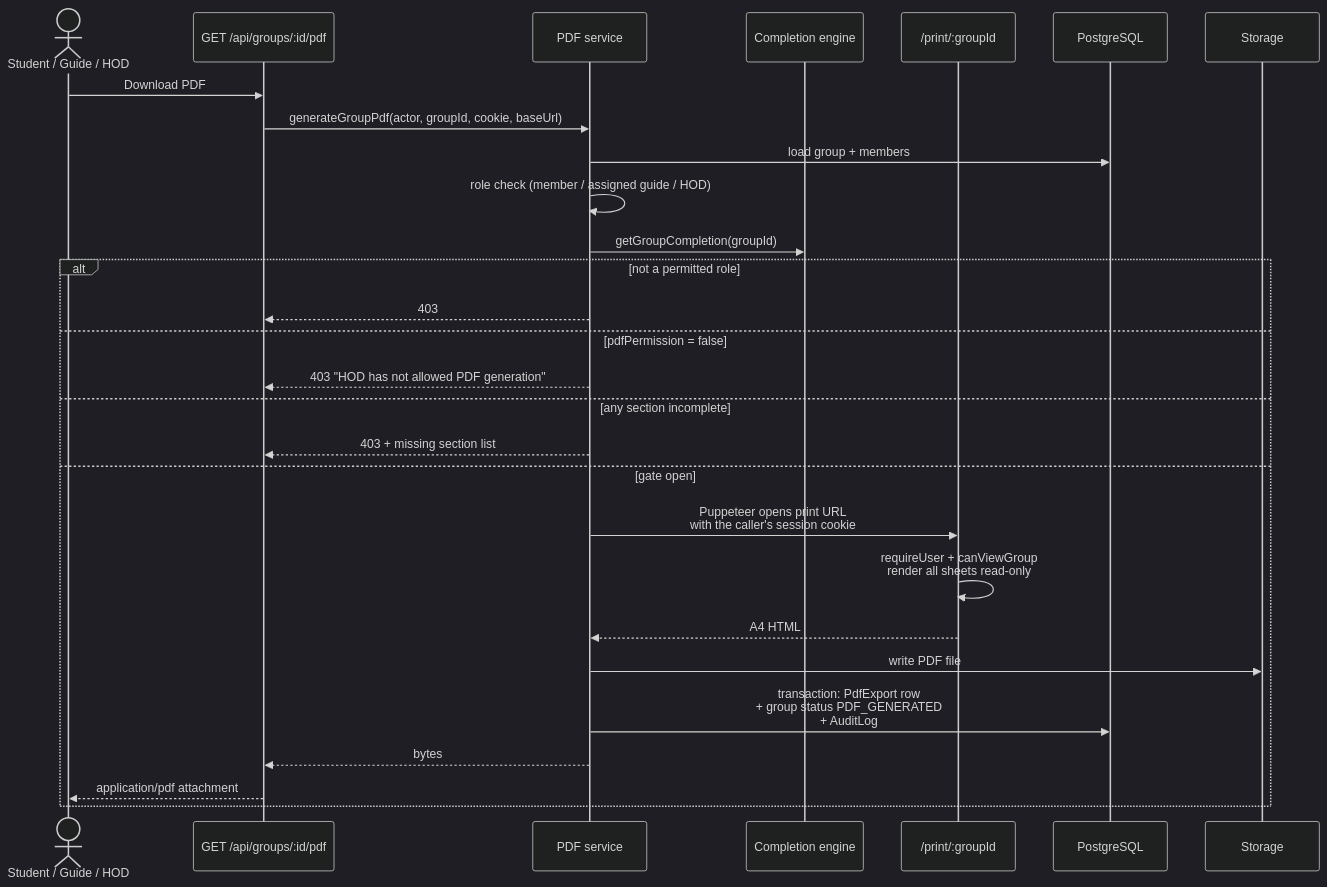
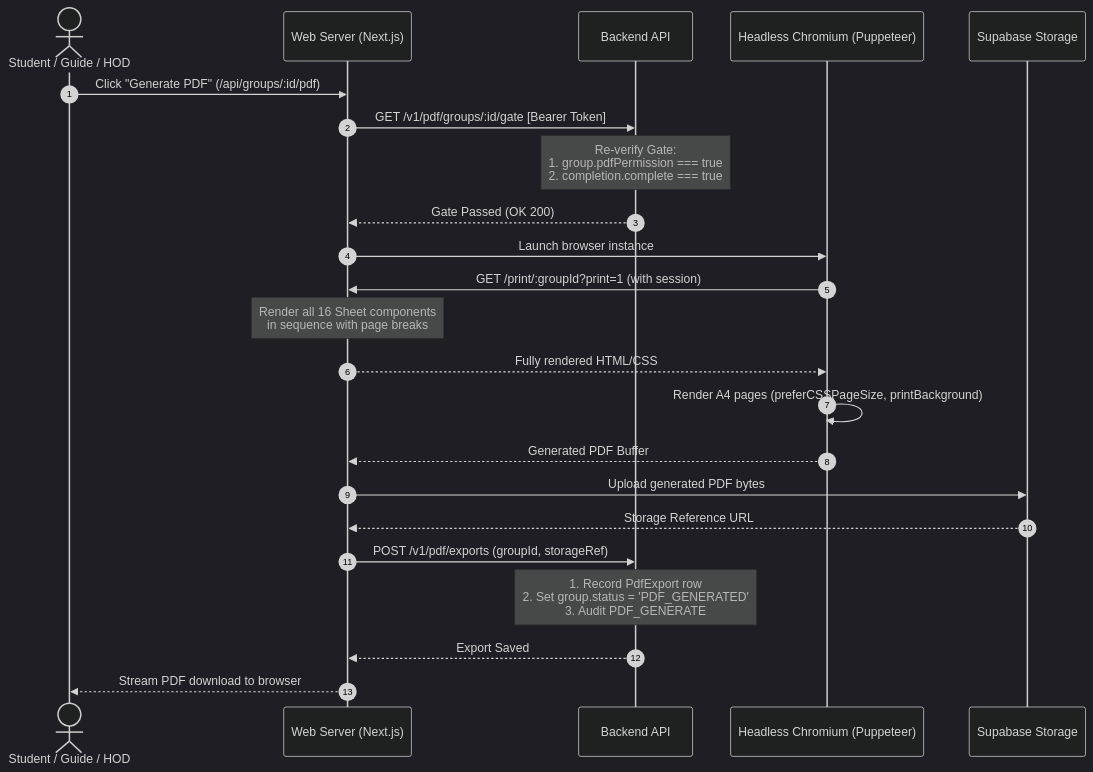
The eighth of 9 diagrams in SYSTEM_DESIGN.md (Shreyascode40/log-finale), drawn with Mermaid (dark theme) before and after one commit. The commit also changed other lines of this file, not shown here.

Commit message:
Update system design document to reflect two-tier architecture

````diff
--- a/SYSTEM_DESIGN.md
+++ b/SYSTEM_DESIGN.md
@@ -749,31 +521,29 @@
 ```mermaid
 sequenceDiagram
-    actor U as Student / Guide / HOD
-    participant API as GET /api/groups/:id/pdf
-    participant PDF as PDF service
-    participant COMP as Completion engine
-    participant PRINT as /print/:groupId
-    participant DB as PostgreSQL
-    participant ST as Storage
+    autonumber
+    actor User as Student / Guide / HOD
+    participant Web as Web Server (Next.js)
+    participant API as Backend API
+    participant Chrome as Headless Chromium (Puppeteer)
+    participant Storage as Supabase Storage
 
-    U->>API: Download PDF
-    API->>PDF: generateGroupPdf(actor, groupId, cookie, baseUrl)
-    PDF->>DB: load group + members
-    PDF->>PDF: role check (member / assigned guide / HOD)
-    PDF->>COMP: getGroupCompletion(groupId)
-    alt not a permitted role
-        PDF-->>API: 403
-    else pdfPermission = false
-        PDF-->>API: 403 "HOD has not allowed PDF generation"
-    else any section incomplete
-        PDF-->>API: 403 + missing section list
-    else gate open
-        PDF->>PRINT: Puppeteer opens print URL<br/>with the caller's session cookie
-        PRINT->>PRINT: requireUser + canViewGroup<br/>render all sheets read-only
-        PRINT-->>PDF: A4 HTML
-        PDF->>ST: write PDF file
-        PDF->>DB: transaction: PdfExport row<br/>+ group status PDF_GENERATED<br/>+ AuditLog
-        PDF-->>API: bytes
-        API-->>U: application/pdf attachment
-    end
+    User->>Web: Click "Generate PDF" (/api/groups/:id/pdf)
+    Web->>API: GET /v1/pdf/groups/:id/gate [Bearer Token]
+    Note over API: Re-verify Gate:<br/>1. group.pdfPermission === true<br/>2. completion.complete === true
+    API-->>Web: Gate Passed (OK 200)
+
+    Web->>Chrome: Launch browser instance
+    Chrome->>Web: GET /print/:groupId?print=1 (with session)
+    Note over Web: Render all 16 Sheet components<br/>in sequence with page breaks
+    Web-->>Chrome: Fully rendered HTML/CSS
+    Chrome->>Chrome: Render A4 pages (preferCSSPageSize, printBackground)
+    Chrome-->>Web: Generated PDF Buffer
+
+    Web->>Storage: Upload generated PDF bytes
+    Storage-->>Web: Storage Reference URL
+    Web->>API: POST /v1/pdf/exports (groupId, storageRef)
+    Note over API: 1. Record PdfExport row<br/>2. Set group.status = 'PDF_GENERATED'<br/>3. Audit PDF_GENERATE
+    API-->>Web: Export Saved
+
+    Web-->>User: Stream PDF download to browser
 ```
````
